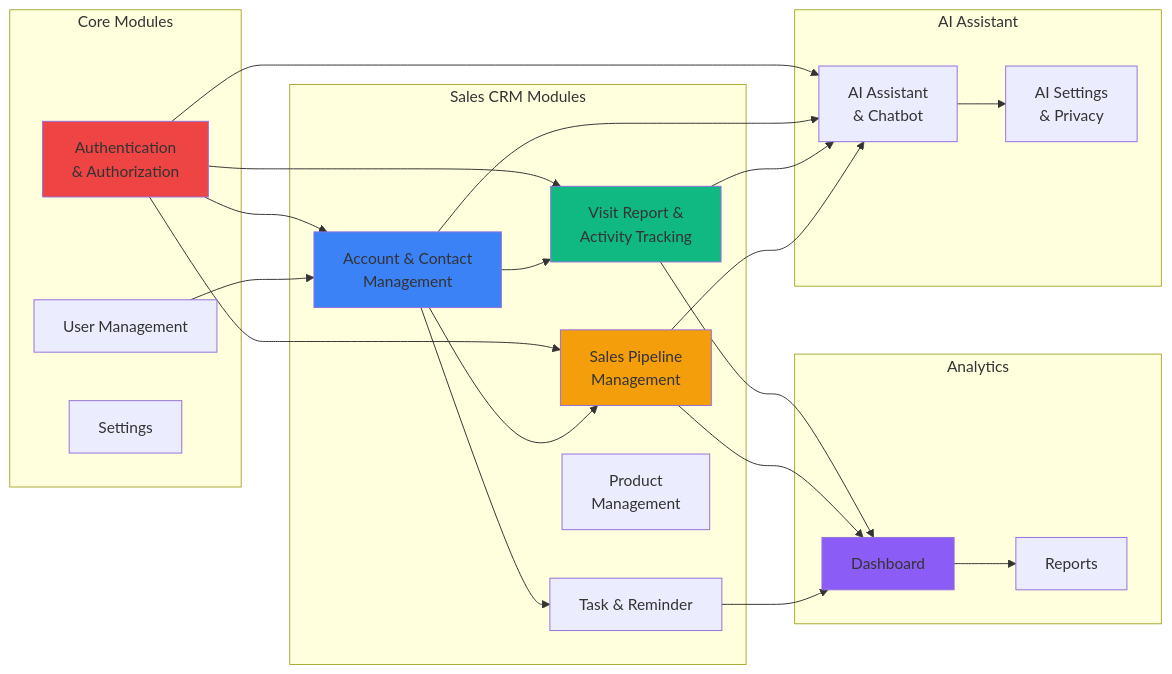
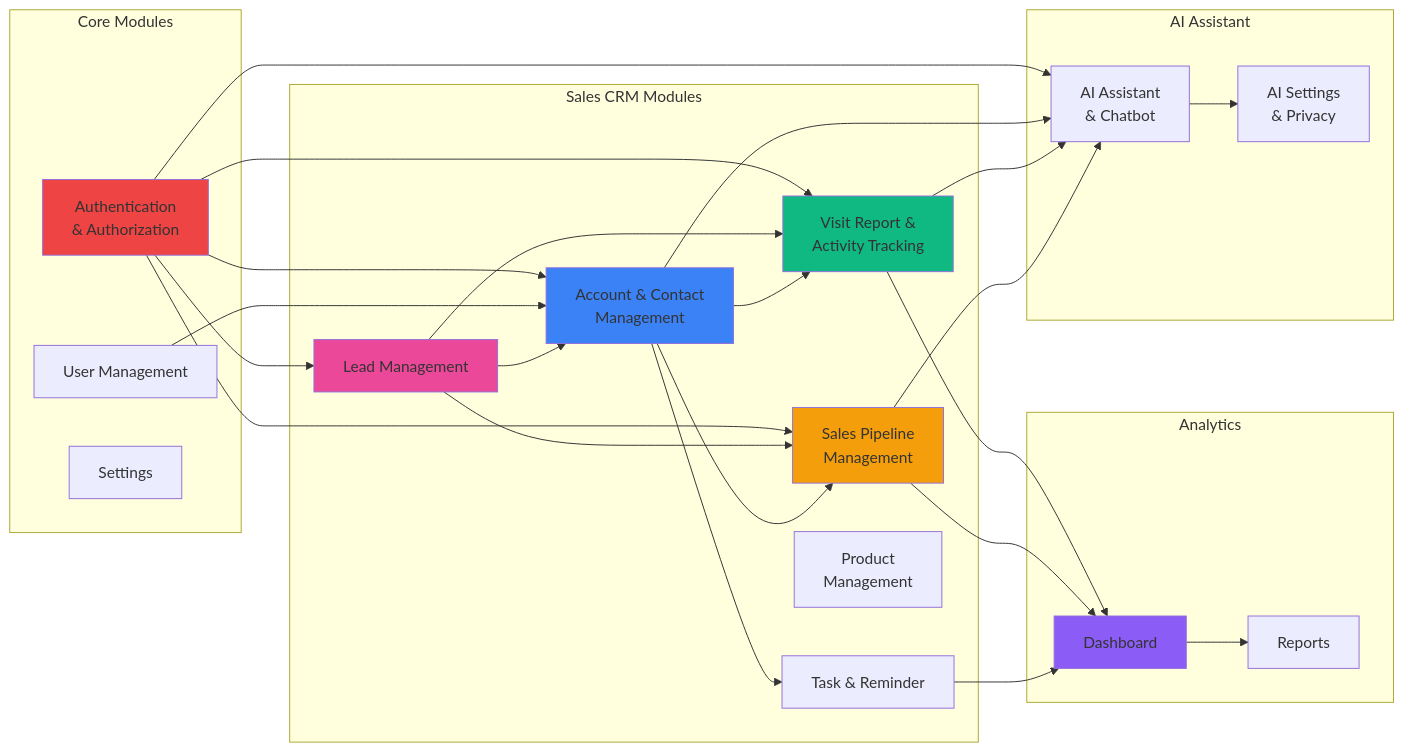
Before and after one commit to Gilabs-Studio/crm-healthcare: the second of 16 diagrams in docs/PROJECT_DIAGRAMS.md, drawn with Mermaid. The commit also changed other lines of this file and 3 other files, not shown here.

Commit message:
chore(docs): update PRD, project diagrams, and modules documentation to reflect version 2.1; enhance lead management details, visit report tracking, and API descriptions; ensure consistency across documentation for improved clarity and usability

````diff
--- a/docs/PROJECT_DIAGRAMS.md
+++ b/docs/PROJECT_DIAGRAMS.md
@@ -55,49 +56,55 @@
 ```mermaid
 graph LR
     subgraph "Core Modules"
         AUTH[Authentication<br/>& Authorization]
         USER[User Management]
         SETTINGS[Settings]
     end
-    
+
     subgraph "Sales CRM Modules"
+        LEAD[Lead Management]
         ACCOUNT[Account & Contact<br/>Management]
         VISIT[Visit Report &<br/>Activity Tracking]
         PIPELINE[Sales Pipeline<br/>Management]
         TASK[Task & Reminder]
         PRODUCT[Product<br/>Management]
     end
-    
+
     subgraph "Analytics"
         DASHBOARD[Dashboard]
         REPORTS[Reports]
     end
-    
+
     subgraph "AI Assistant"
         AI[AI Assistant<br/>& Chatbot]
         AI_SETTINGS[AI Settings<br/>& Privacy]
     end
-    
+
+    AUTH --> LEAD
     AUTH --> ACCOUNT
     AUTH --> VISIT
     AUTH --> PIPELINE
     AUTH --> AI
     USER --> ACCOUNT
+    LEAD --> ACCOUNT
+    LEAD --> VISIT
+    LEAD --> PIPELINE
     ACCOUNT --> VISIT
     ACCOUNT --> PIPELINE
     ACCOUNT --> TASK
     ACCOUNT --> AI
     VISIT --> DASHBOARD
     VISIT --> AI
     PIPELINE --> DASHBOARD
     PIPELINE --> AI
     TASK --> DASHBOARD
     DASHBOARD --> REPORTS
     AI --> AI_SETTINGS
-    
+
     style AUTH fill:#ef4444
+    style LEAD fill:#ec4899
     style ACCOUNT fill:#3b82f6
     style VISIT fill:#10b981
     style PIPELINE fill:#f59e0b
     style DASHBOARD fill:#8b5cf6
 ```
````
